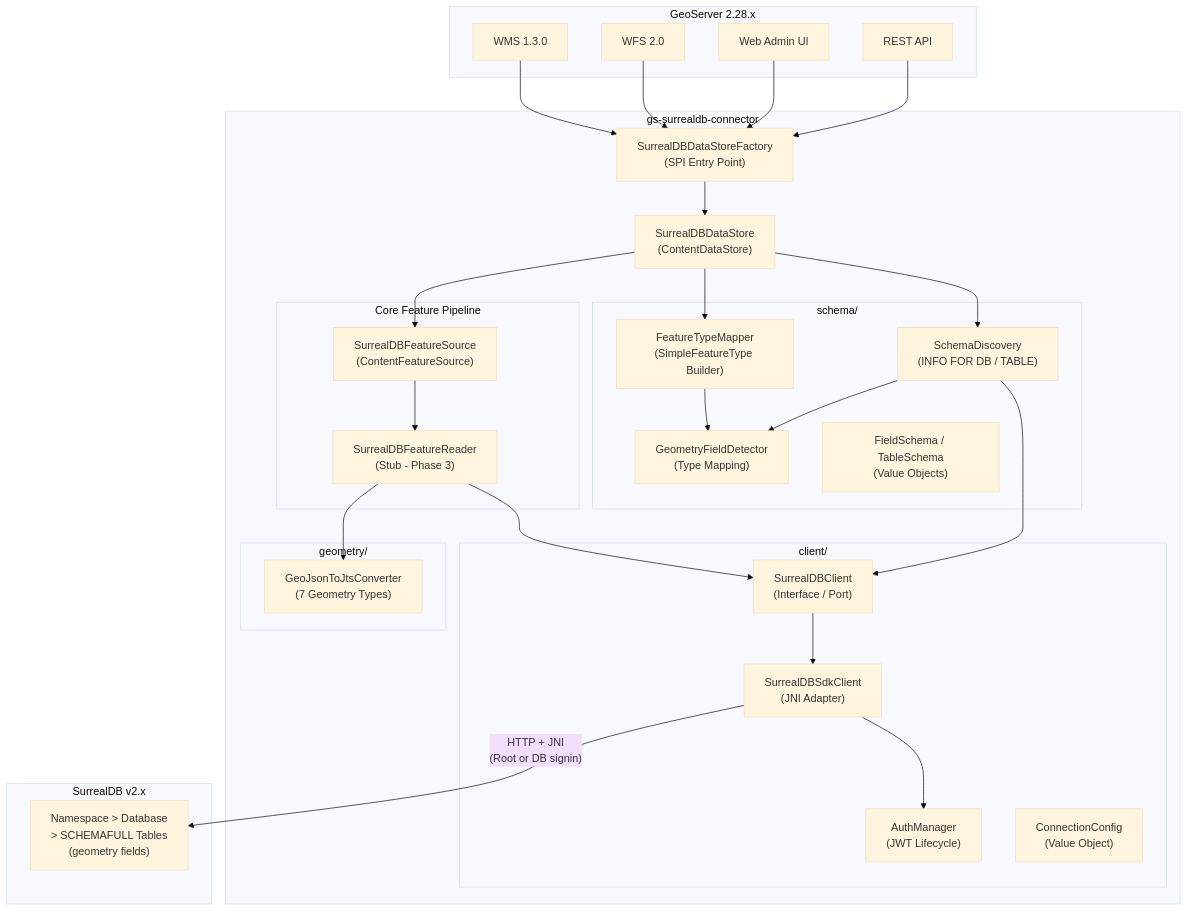
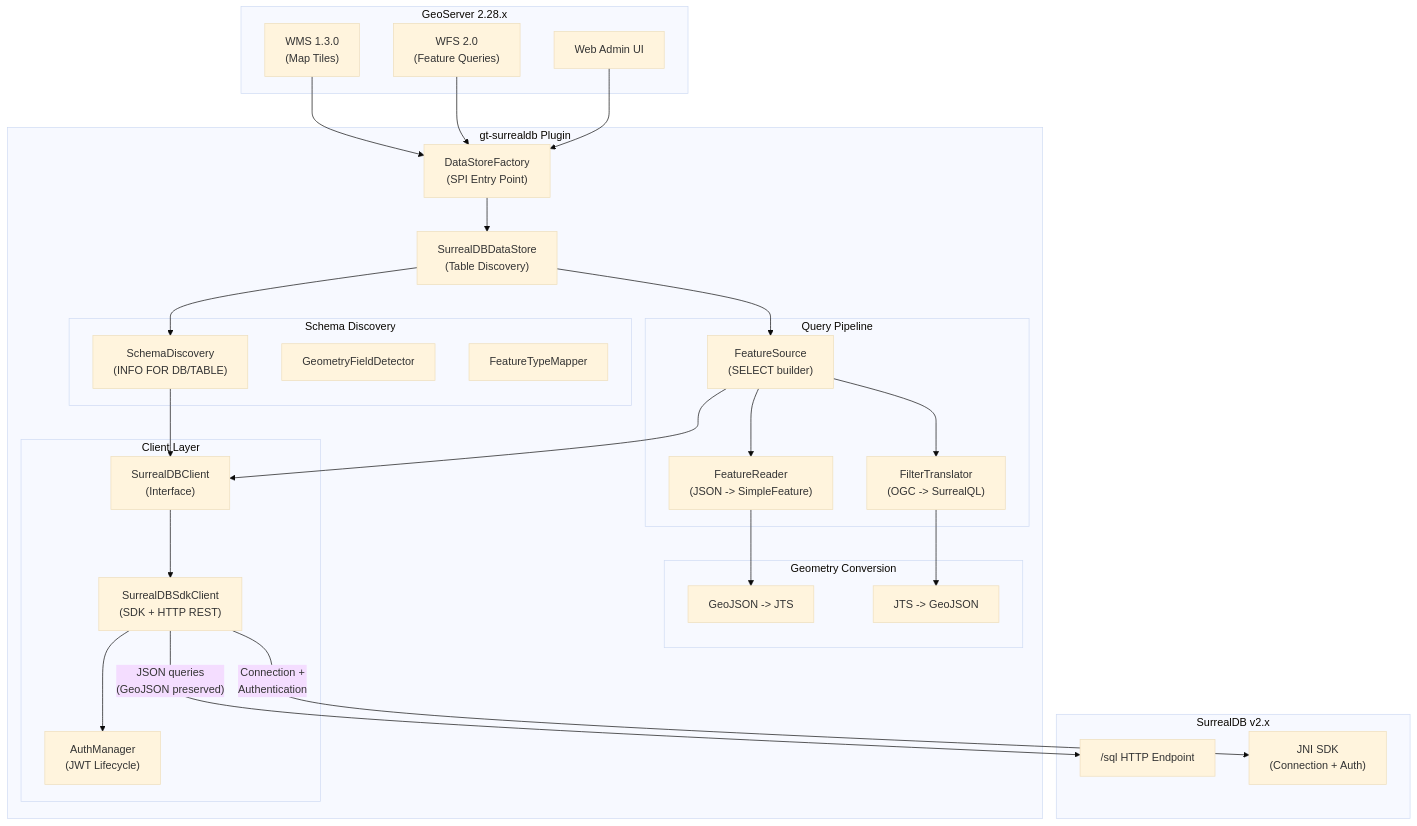
One commit to nitin84india/surrealdb-geoserver-connector changed the fourth of 7 diagrams in README.md. Above: the diagram before and after it, drawn with Mermaid (base theme). The commit also changed other lines of this file, not shown here.

````diff
--- a/README.md
+++ b/README.md
@@ -7,56 +349,56 @@
 ```mermaid
 graph TB
     subgraph GeoServer["GeoServer 2.28.x"]
-        WMS["WMS 1.3.0"]
-        WFS["WFS 2.0"]
+        WMS["WMS 1.3.0\n(Map Tiles)"]
+        WFS["WFS 2.0\n(Feature Queries)"]
         WebAdmin["Web Admin UI"]
-        REST["REST API"]
     end
 
-    subgraph Plugin["gs-surrealdb-connector"]
-        Factory["SurrealDBDataStoreFactory\n(SPI Entry Point)"]
-        DataStore["SurrealDBDataStore\n(ContentDataStore)"]
+    subgraph Plugin["gt-surrealdb Plugin"]
+        Factory["DataStoreFactory\n(SPI Entry Point)"]
+        DataStore["SurrealDBDataStore\n(Table Discovery)"]
 
-        subgraph Schema["schema/"]
-            Discovery["SchemaDiscovery\n(INFO FOR DB / TABLE)"]
-            Detector["GeometryFieldDetector\n(Type Mapping)"]
-            Mapper["FeatureTypeMapper\n(SimpleFeatureType Builder)"]
-            FieldVO["FieldSchema / TableSchema\n(Value Objects)"]
+        subgraph Query["Query Pipeline"]
+            FeatureSource["FeatureSource\n(SELECT builder)"]
+            FilterTranslator["FilterTranslator\n(OGC -> SurrealQL)"]
+            FeatureReader["FeatureReader\n(JSON -> SimpleFeature)"]
         end
 
-        subgraph Core["Core Feature Pipeline"]
-            FeatureSource["SurrealDBFeatureSource\n(ContentFeatureSource)"]
-            FeatureReader["SurrealDBFeatureReader\n(Stub - Phase 3)"]
+        subgraph Schema["Schema Discovery"]
+            Discovery["SchemaDiscovery\n(INFO FOR DB/TABLE)"]
+            Detector["GeometryFieldDetector"]
+            Mapper["FeatureTypeMapper"]
         end
 
-        subgraph Geometry["geometry/"]
-            Converter["GeoJsonToJtsConverter\n(7 Geometry Types)"]
+        subgraph Geometry["Geometry Conversion"]
+            GeoJsonToJts["GeoJSON -> JTS"]
+            JtsToGeoJson["JTS -> GeoJSON"]
         end
 
-        subgraph Client["client/"]
-            Interface["SurrealDBClient\n(Interface / Port)"]
-            SdkClient["SurrealDBSdkClient\n(JNI Adapter)"]
+        subgraph Client["Client Layer"]
+            Interface["SurrealDBClient\n(Interface)"]
+            SdkClient["SurrealDBSdkClient\n(SDK + HTTP REST)"]
             AuthMgr["AuthManager\n(JWT Lifecycle)"]
-            Config["ConnectionConfig\n(Value Object)"]
         end
     end
 
     subgraph Database["SurrealDB v2.x"]
-        NS["Namespace > Database\n> SCHEMAFULL Tables\n(geometry fields)"]
+        HTTP_API["/sql HTTP Endpoint"]
+        SDK_API["JNI SDK\n(Connection + Auth)"]
     end
 
-    WMS & WFS & WebAdmin & REST --> Factory
+    WMS & WFS & WebAdmin --> Factory
     Factory --> DataStore
     DataStore --> Discovery
+    DataStore --> FeatureSource
+    FeatureSource --> FilterTranslator
+    FeatureSource --> FeatureReader
+    FilterTranslator --> JtsToGeoJson
+    FeatureReader --> GeoJsonToJts
+    FeatureSource --> Interface
     Discovery --> Interface
-    Discovery --> Detector
-    DataStore --> Mapper
-    Mapper --> Detector
-    DataStore --> FeatureSource
-    FeatureSource --> FeatureReader
-    FeatureReader --> Interface
-    FeatureReader --> Converter
     Interface --> SdkClient
     SdkClient --> AuthMgr
-    SdkClient -- "HTTP + JNI\n(Root or DB signin)" --> NS
+    SdkClient -- "JSON queries\n(GeoJSON preserved)" --> HTTP_API
+    SdkClient -- "Connection +\nAuthentication" --> SDK_API
 ```
````
